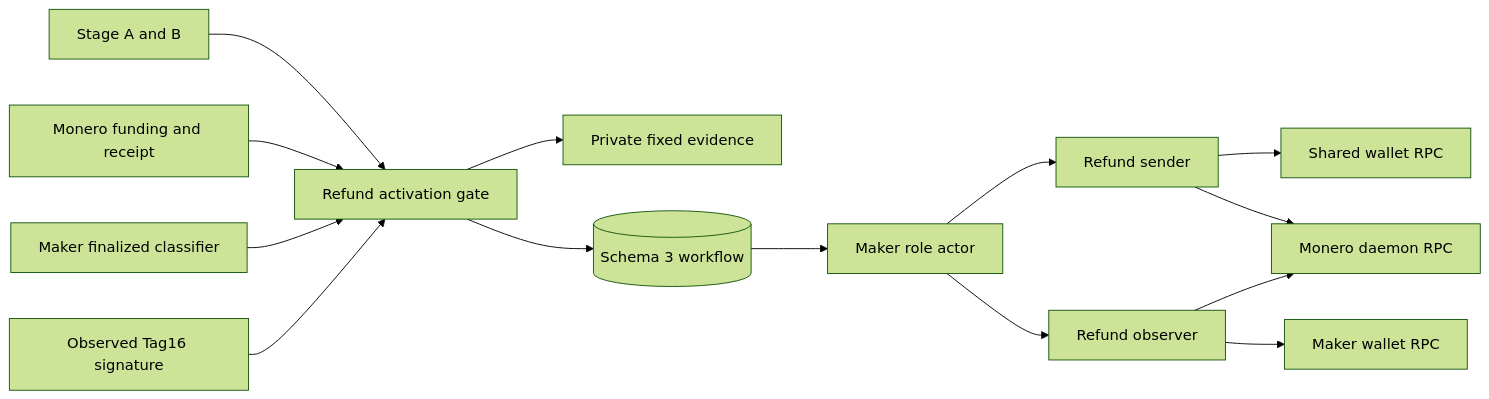
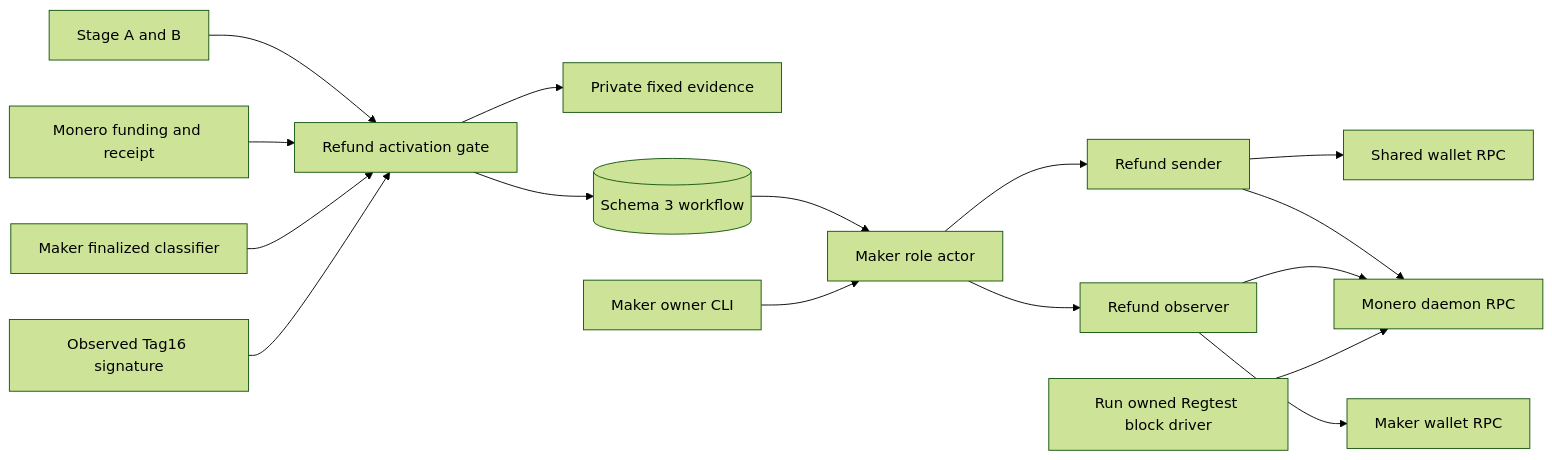
Diagram 50 of 51 in docs/architecture/system-architecture.md (gateway-fm/lez-atomic-swaps), drawn with Mermaid (forest theme) before and after one commit. The commit also changed other lines of this file and 8 other files, not shown here.

````diff
--- a/docs/architecture/system-architecture.md
+++ b/docs/architecture/system-architecture.md
@@ -3565,16 +3565,18 @@
 ```mermaid
 flowchart LR
     Stage[Stage A and B] --> Activation[Refund activation gate]
     Funding[Monero funding and receipt] --> Activation
     Classifier[Maker finalized classifier] --> Activation
     Signature[Observed Tag16 signature] --> Activation
     Activation --> Evidence[Private fixed evidence]
     Activation --> Workflow[(Schema 3 workflow)]
     Workflow --> Actor[Maker role actor]
     Actor --> Sender[Refund sender]
     Actor --> Observer[Refund observer]
     Sender --> SharedWallet[Shared wallet RPC]
     Observer --> MakerWallet[Maker wallet RPC]
     Sender --> MoneroDaemon[Monero daemon RPC]
     Observer --> MoneroDaemon
+    Owner[Maker owner CLI] --> Actor
+    Driver[Run owned Regtest block driver] --> MoneroDaemon
 ```
````
